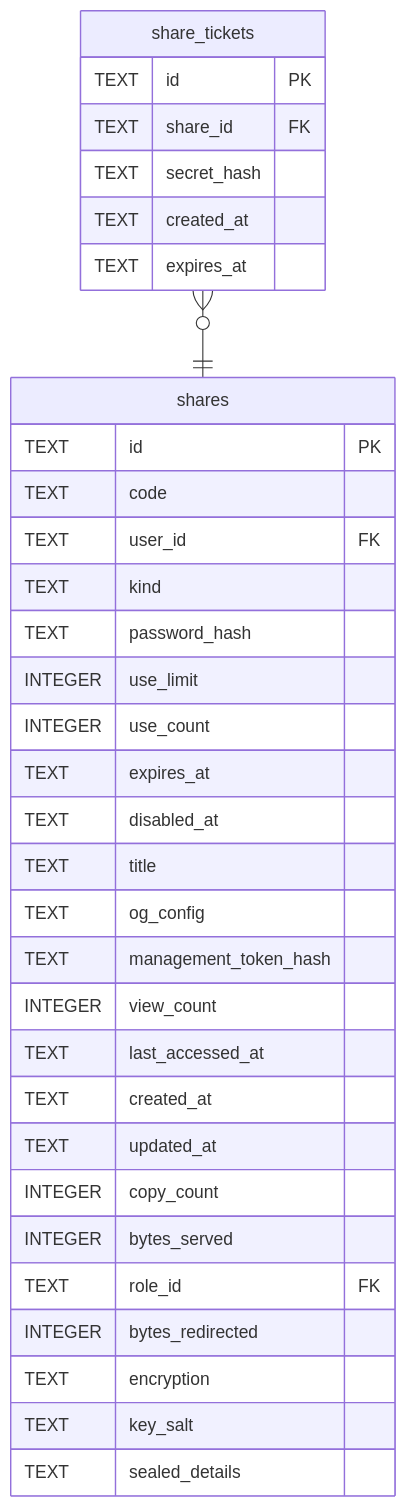
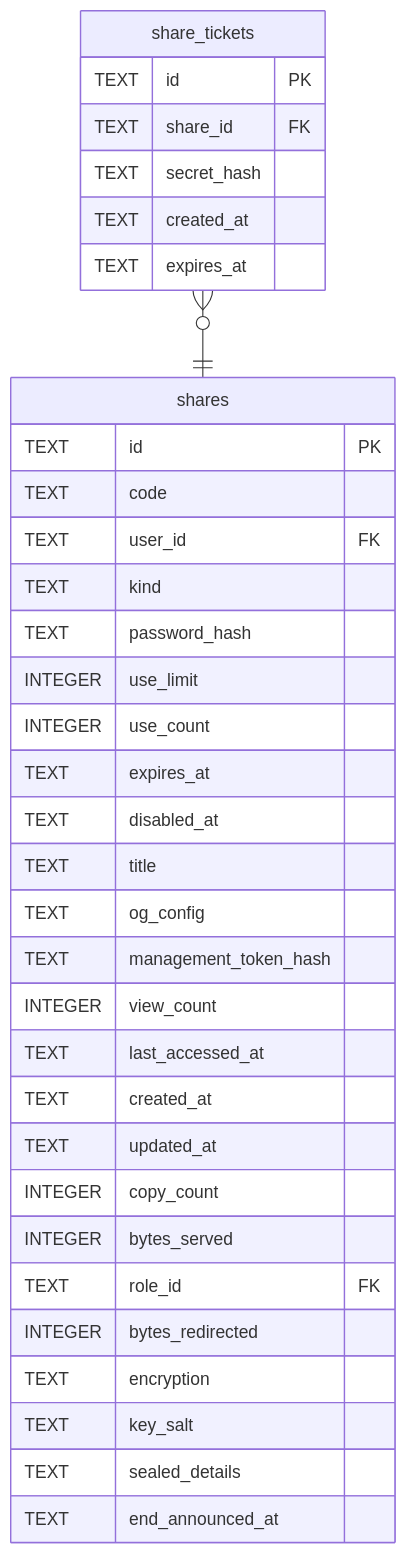
The diagram in docs/schema/share_tickets.md (Limatura/tessera), drawn with Mermaid before and after one commit. The commit also changed 46 other files, not shown here.

````diff
--- a/docs/schema/share_tickets.md
+++ b/docs/schema/share_tickets.md
@@ -52,38 +52,39 @@
 ```mermaid
 erDiagram
 
 "share_tickets" }o--|| "shares" : ""
 
 "share_tickets" {
   TEXT id PK
   TEXT share_id FK
   TEXT secret_hash
   TEXT created_at
   TEXT expires_at
 }
 "shares" {
   TEXT id PK
   TEXT code
   TEXT user_id FK
   TEXT kind
   TEXT password_hash
   INTEGER use_limit
   INTEGER use_count
   TEXT expires_at
   TEXT disabled_at
   TEXT title
   TEXT og_config
   TEXT management_token_hash
   INTEGER view_count
   TEXT last_accessed_at
   TEXT created_at
   TEXT updated_at
   INTEGER copy_count
   INTEGER bytes_served
   TEXT role_id FK
   INTEGER bytes_redirected
   TEXT encryption
   TEXT key_salt
   TEXT sealed_details
+  TEXT end_announced_at
 }
 ```
````
